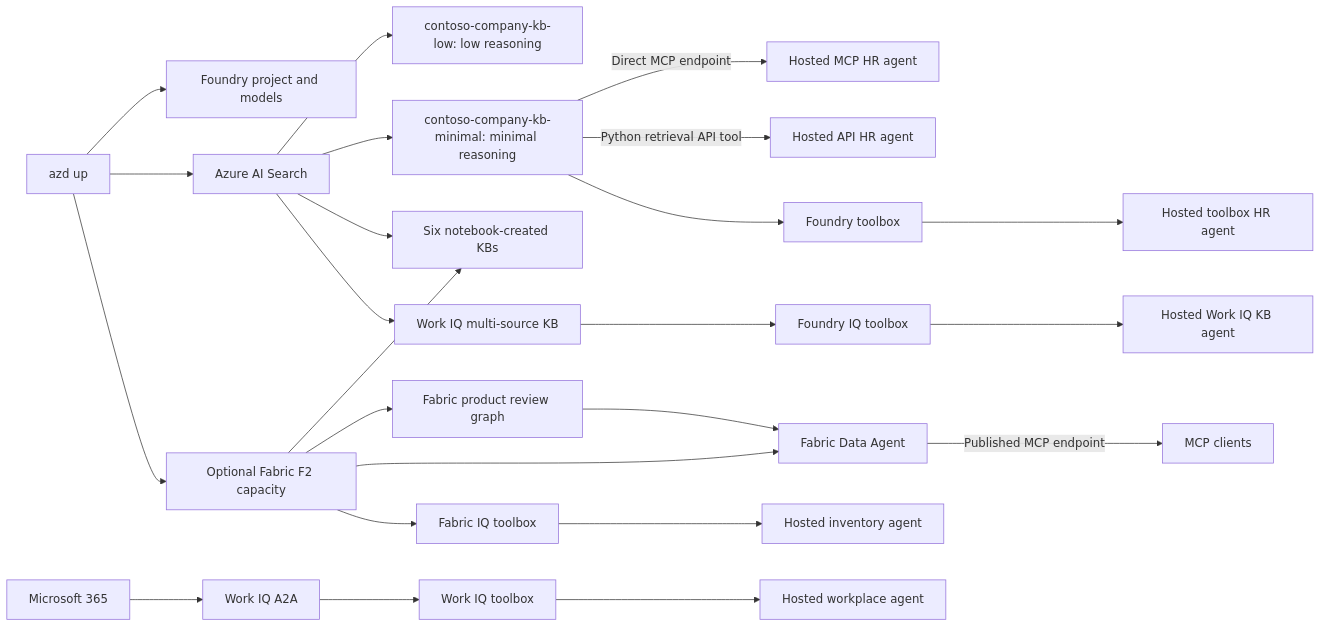
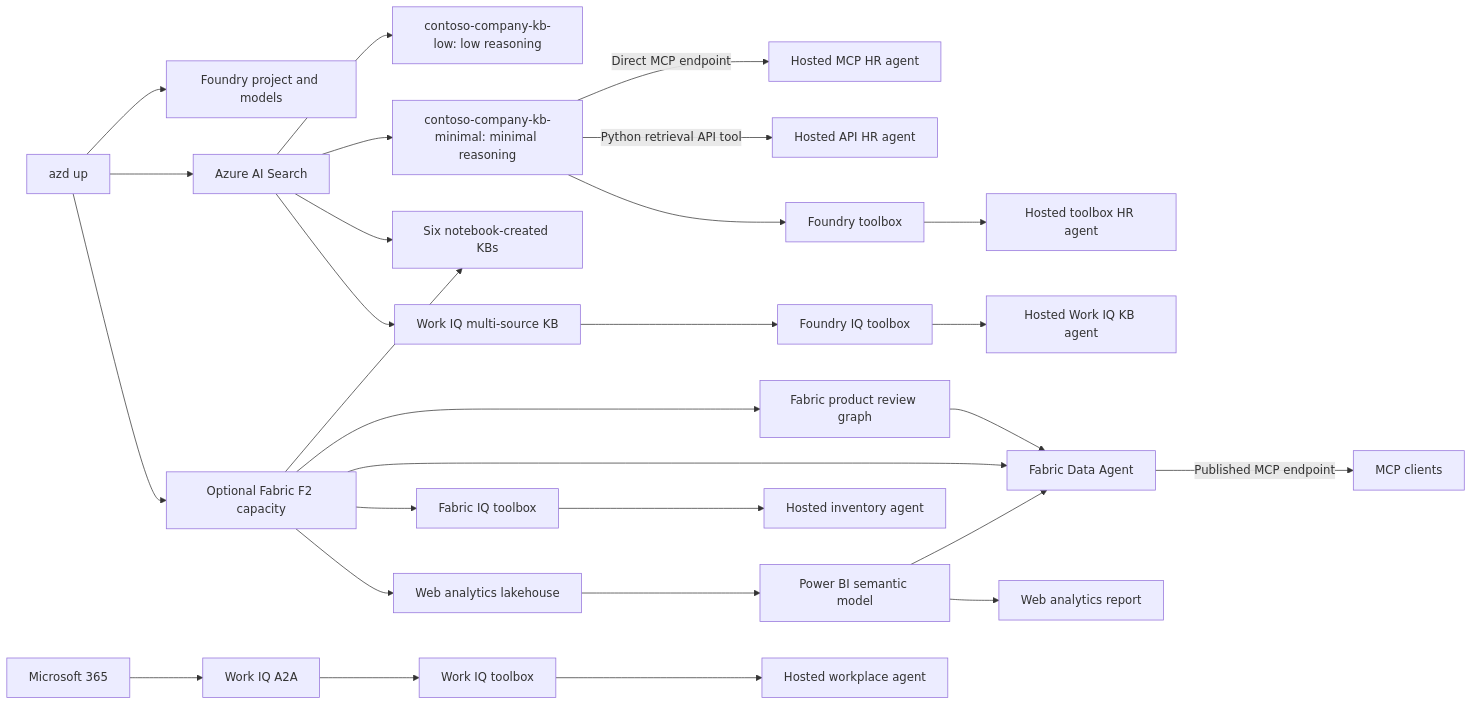
The diagram in README.md (microsoft/iqdeepdive), drawn with Mermaid before and after one commit. The commit also changed other lines of this file and 31 other files, not shown here.

Commit message:
Add Power BI semantic models

````diff
--- a/README.md
+++ b/README.md
@@ -11,26 +11,30 @@
 ```mermaid
 flowchart LR
   azd[azd up] --> foundry[Foundry project and models]
   azd --> search[Azure AI Search]
   azd --> fabric[Optional Fabric F2 capacity]
   search --> lowkb[contoso-company-kb-low: low reasoning]
   search --> agentkb[contoso-company-kb-minimal: minimal reasoning]
   agentkb -->|Direct MCP endpoint| mcpagent[Hosted MCP HR agent]
   agentkb -->|Python retrieval API tool| apiagent[Hosted API HR agent]
   agentkb --> toolbox[Foundry toolbox]
   toolbox --> toolboxagent[Hosted toolbox HR agent]
   search --> notebooks[Six notebook-created KBs]
   fabric --> notebooks
   fabric --> reviewgraph[Fabric product review graph]
   reviewgraph --> fabricdataagent
   fabric --> fabricdataagent[Fabric Data Agent]
   fabricdataagent -->|Published MCP endpoint| clients[MCP clients]
   fabric --> fabrictoolbox[Fabric IQ toolbox]
   fabrictoolbox --> fabricagent[Hosted inventory agent]
+  fabric --> analyticslake[Web analytics lakehouse]
+  analyticslake --> semanticmodel[Power BI semantic model]
+  semanticmodel --> fabricdataagent
+  semanticmodel --> analyticsreport[Web analytics report]
   m365[Microsoft 365] --> workiq[Work IQ A2A]
   workiq --> workiqtoolbox[Work IQ toolbox]
   workiqtoolbox --> workiqagent[Hosted workplace agent]
   search --> workiqkb[Work IQ multi-source KB]
   workiqkb --> workiqkbtoolbox[Foundry IQ toolbox]
   workiqkbtoolbox --> workiqkbagent[Hosted Work IQ KB agent]
 ```
````
